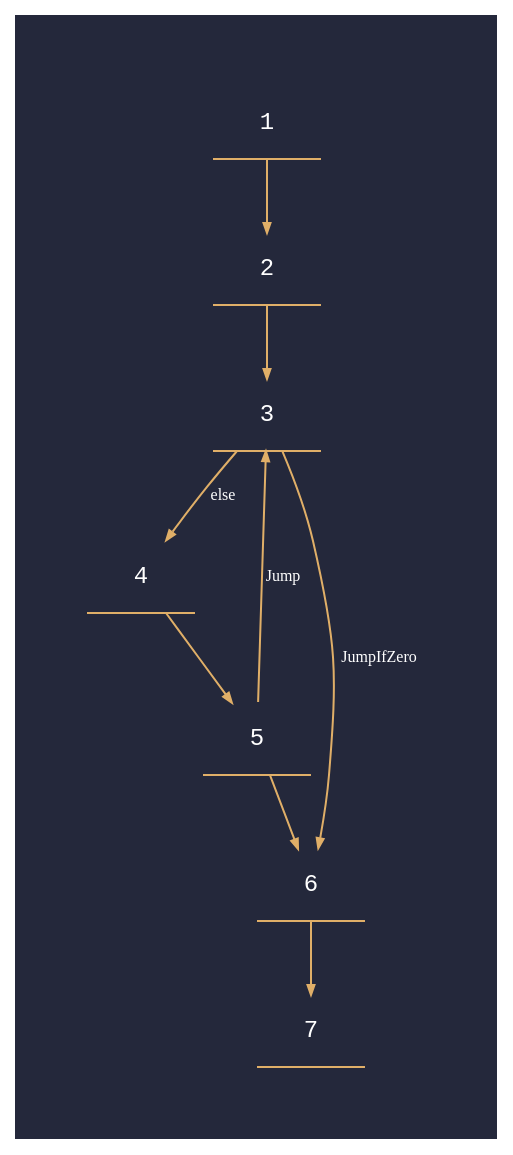
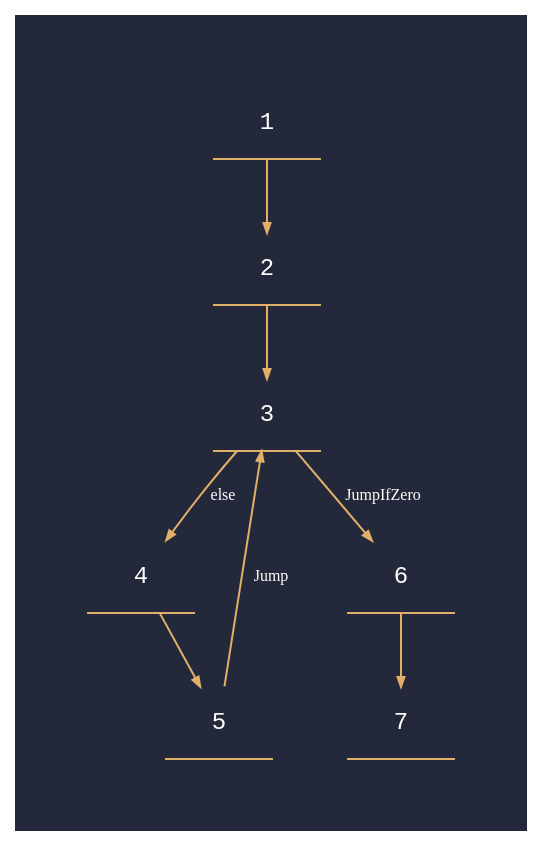
The diagram in programs/dot-files/factorial.cfg.dot (jorgeypcb/ImpCodeGenerator), drawn with Graphviz before and after one commit. The commit also changed 6 other files, not shown here.

```diff
--- a/programs/dot-files/factorial.cfg.dot
+++ b/programs/dot-files/factorial.cfg.dot
@@ -1,19 +1,18 @@
 digraph "factorial.cfg" {
 	graph [bgcolor="#24283B" pad=0.5]
 	node [color="#E0AF68" fontcolor="#ffffff" fontname="Hack, monospace" fontsize=12 shape=underline]
 	edge [arrowsize=0.5 color="#E0AF68" fontcolor="#ffffff" fontsize=8]
 	1
 	2
 	3
 	4
 	5
 	6
 	1 -> 2 [label=""]
 	2 -> 3 [label=""]
 	3 -> 4 [label=else]
 	3 -> 6 [label=JumpIfZero]
 	4 -> 5 [label=""]
 	5 -> 3 [label=Jump]
-	5 -> 6 [label=""]
 	6 -> 7 [label=""]
 }
```
